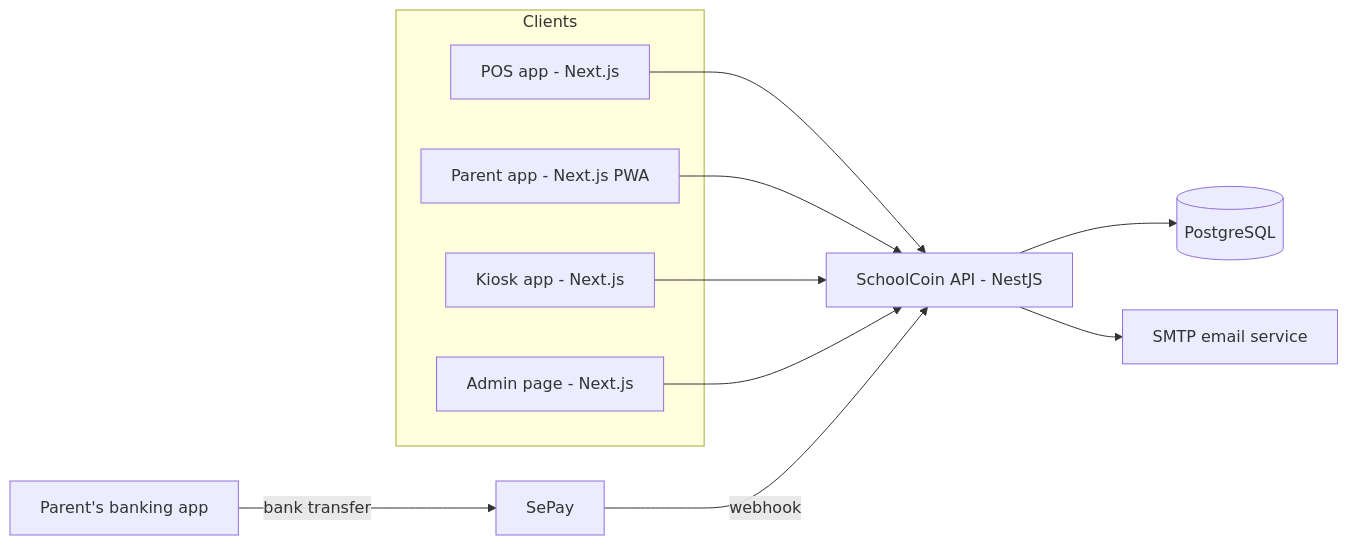
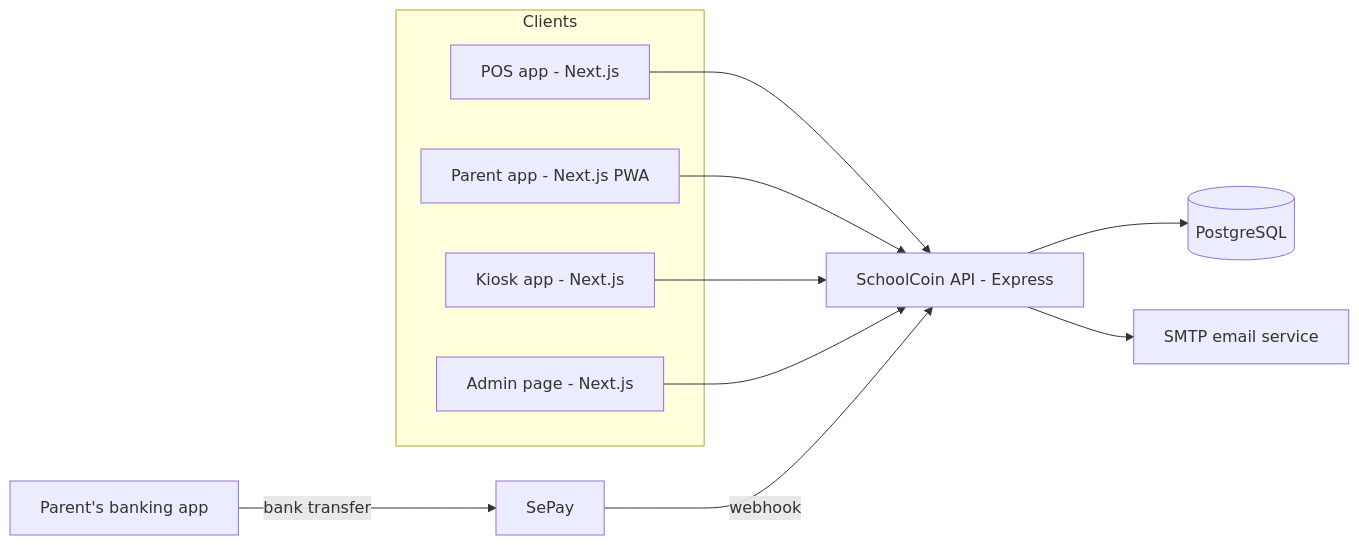
The diagram in docs/diagrams/01-context.mmd (leedoekahn401/scoin), drawn with Mermaid before and after one commit. The commit also changed 153 other files, not shown here.

First line of the commit message:
refactor(api): replace NestJS with Express 5, zod and zod-to-openapi

```diff
--- a/docs/diagrams/01-context.mmd
+++ b/docs/diagrams/01-context.mmd
@@ -1,20 +1,20 @@
 flowchart LR
   subgraph Clients
     POS[POS app - Next.js]
     PAR[Parent app - Next.js PWA]
     KIO[Kiosk app - Next.js]
     ADM[Admin page - Next.js]
   end
-  API[SchoolCoin API - NestJS]
+  API[SchoolCoin API - Express]
   DB[(PostgreSQL)]
   SEPAY[SePay]
   BANK[Parent's banking app]
   MAIL[SMTP email service]
   POS --> API
   PAR --> API
   KIO --> API
   ADM --> API
   API --> DB
   BANK -- bank transfer --> SEPAY
   SEPAY -- webhook --> API
   API --> MAIL
```
